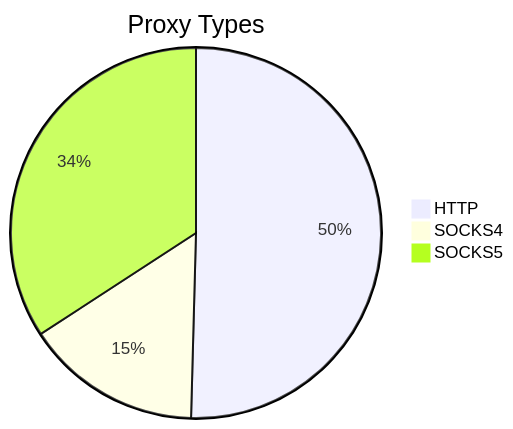
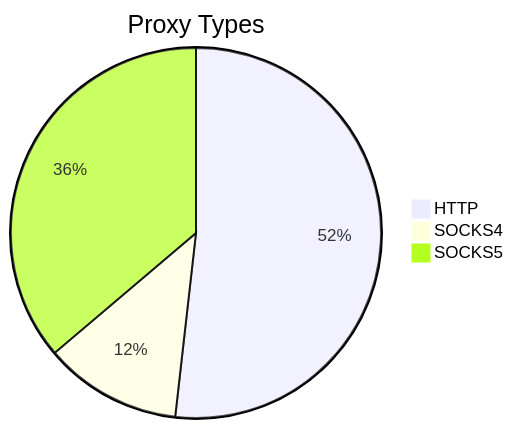
The first of 2 diagrams in README.md (stormsia/proxy-list), drawn with Mermaid before and after one commit. The commit also changed other lines of this file, not shown here.

````diff
--- a/README.md
+++ b/README.md
@@ -21,6 +21,6 @@
 ```mermaid
 pie title Proxy Types
-    "HTTP" : 416
-    "SOCKS4" : 127
-    "SOCKS5" : 282
+    "HTTP" : 332
+    "SOCKS4" : 77
+    "SOCKS5" : 232
 ```
````
